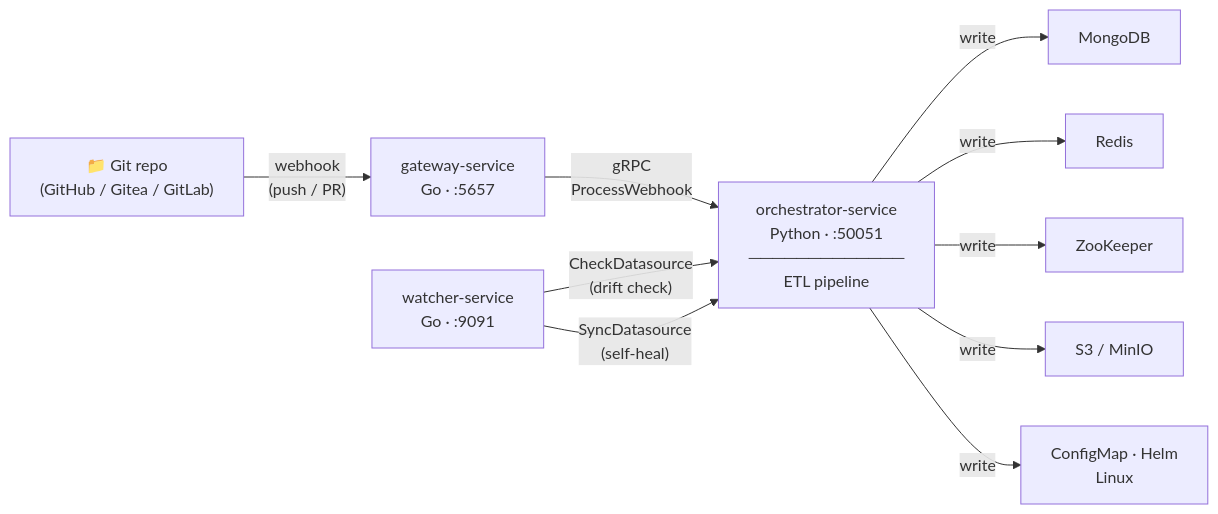
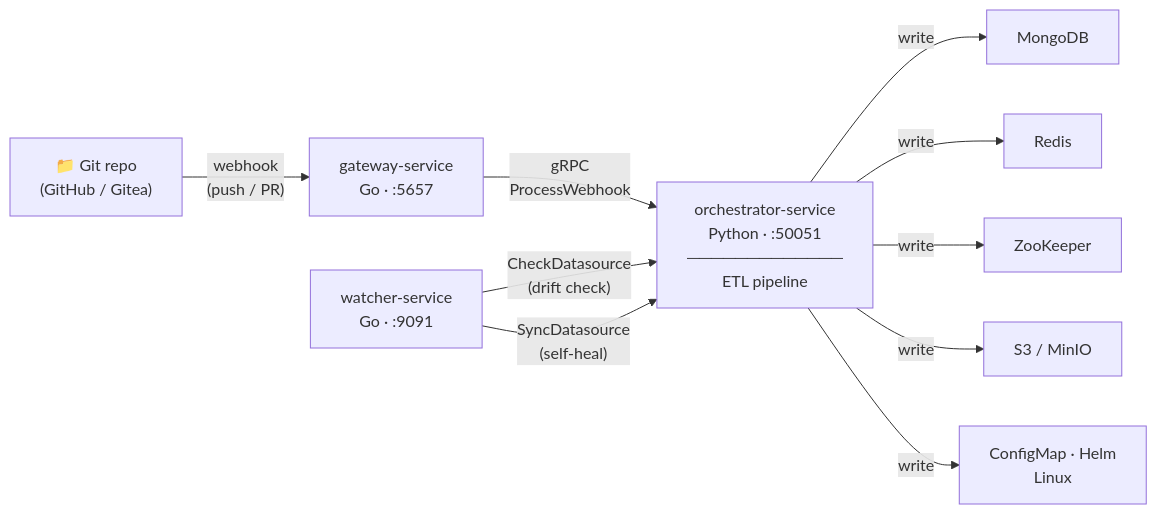
The diagram in docs/index.md (jarin-devoss/varTrack), drawn with Mermaid before and after one commit. The commit also changed other lines of this file and 3 other files, not shown here.

First line of the commit message:
docs: varTrack syncs from GitHub and Gitea, to seven kinds of sink

````diff
--- a/docs/index.md
+++ b/docs/index.md
@@ -140,19 +140,19 @@
 ```mermaid
 flowchart LR
-    GIT["📁 Git repo\n(GitHub / Gitea / GitLab)"]
+    GIT["📁 Git repo\n(GitHub / Gitea)"]
     GW["gateway-service\nGo · :5657"]
     ORCH["orchestrator-service\nPython · :50051\n─────────────\nETL pipeline"]
     WATCH["watcher-service\nGo · :9091"]
 
     GIT -->|"webhook\n(push / PR)"| GW
     GW -->|"gRPC\nProcessWebhook"| ORCH
 
     ORCH -->|write| MONGO["MongoDB"]
     ORCH -->|write| REDIS["Redis"]
     ORCH -->|write| ZK["ZooKeeper"]
     ORCH -->|write| S3["S3 / MinIO"]
     ORCH -->|write| OTHER["ConfigMap · Helm\nLinux"]
 
     WATCH -->|"CheckDatasource\n(drift check)"| ORCH
     WATCH -->|"SyncDatasource\n(self-heal)"| ORCH
 ```
````
